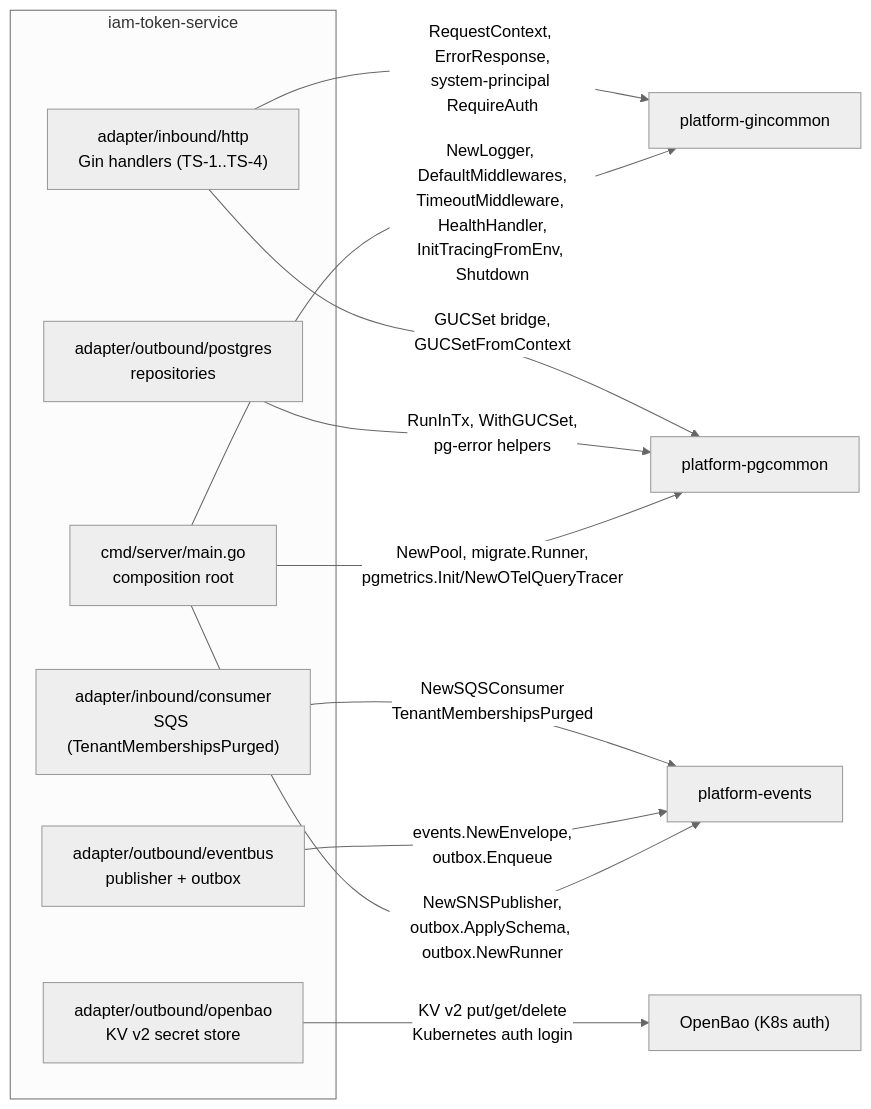
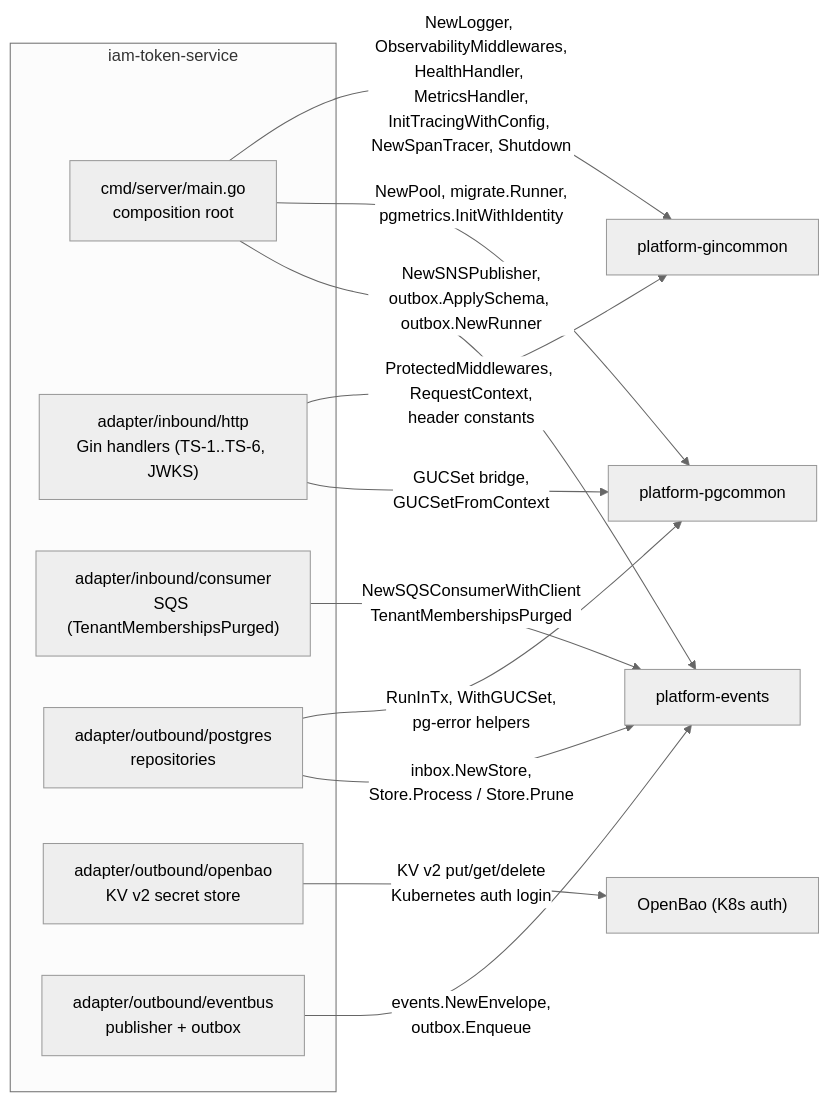
One commit to BCBP-SOLUTIONS-FZC-LLC/iam-token-service changed the first of 4 diagrams in docs/lld/iam-lld-token-service.md. Above: the diagram before and after it, drawn with Mermaid (neutral theme). The commit also changed other lines of this file and 234 other files, not shown here.

````diff
--- a/docs/lld/iam-lld-token-service.md
+++ b/docs/lld/iam-lld-token-service.md
@@ -268,26 +306,27 @@
 ```mermaid
 flowchart LR
     subgraph svc["iam-token-service"]
         MAIN["cmd/server/main.go<br/>composition root"]
-        HTTP["adapter/inbound/http<br/>Gin handlers (TS-1..TS-4)"]
+        HTTP["adapter/inbound/http<br/>Gin handlers (TS-1..TS-6, JWKS)"]
         CONS["adapter/inbound/consumer<br/>SQS (TenantMembershipsPurged)"]
         PG["adapter/outbound/postgres<br/>repositories"]
         OB["adapter/outbound/openbao<br/>KV v2 secret store"]
         EB["adapter/outbound/eventbus<br/>publisher + outbox"]
     end
 
     GIN["platform-gincommon"]
     PGC["platform-pgcommon"]
     EVT["platform-events"]
     BAO["OpenBao (K8s auth)"]
 
-    MAIN -->|NewLogger, DefaultMiddlewares,<br/>TimeoutMiddleware, HealthHandler,<br/>InitTracingFromEnv, Shutdown| GIN
-    HTTP -->|RequestContext, ErrorResponse,<br/>system-principal RequireAuth| GIN
-    MAIN -->|NewPool, migrate.Runner,<br/>pgmetrics.Init/NewOTelQueryTracer| PGC
+    MAIN -->|NewLogger, ObservabilityMiddlewares,<br/>HealthHandler, MetricsHandler,<br/>InitTracingWithConfig, NewSpanTracer, Shutdown| GIN
+    HTTP -->|ProtectedMiddlewares, RequestContext,<br/>header constants| GIN
+    MAIN -->|NewPool, migrate.Runner,<br/>pgmetrics.InitWithIdentity| PGC
     PG -->|RunInTx, WithGUCSet,<br/>pg-error helpers| PGC
     HTTP -->|GUCSet bridge,<br/>GUCSetFromContext| PGC
     MAIN -->|NewSNSPublisher,<br/>outbox.ApplySchema, outbox.NewRunner| EVT
     EB -->|events.NewEnvelope,<br/>outbox.Enqueue| EVT
-    CONS -->|NewSQSConsumer<br/>TenantMembershipsPurged| EVT
+    CONS -->|NewSQSConsumerWithClient<br/>TenantMembershipsPurged| EVT
+    PG -->|inbox.NewStore,<br/>Store.Process / Store.Prune| EVT
     OB -->|KV v2 put/get/delete<br/>Kubernetes auth login| BAO
 ```
````
